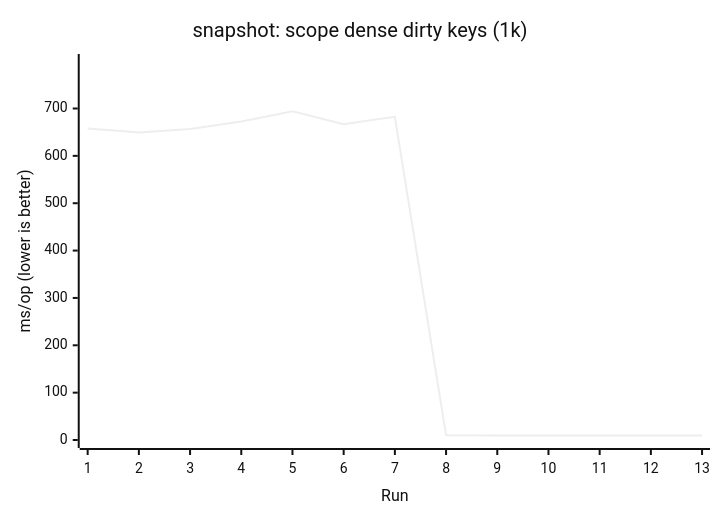
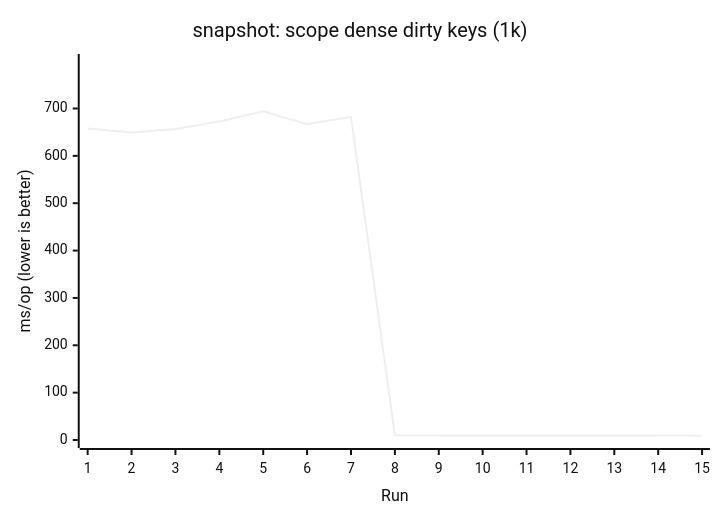
One commit to AIluffy/io changed the fourth of 17 diagrams in apps/docs/src/content/docs/en/guides/benchmark.mdx. Above: the diagram before and after it, drawn with Mermaid (neutral theme). The commit also changed other lines of this file and 7 other files, not shown here.

````diff
--- a/apps/docs/src/content/docs/en/guides/benchmark.mdx
+++ b/apps/docs/src/content/docs/en/guides/benchmark.mdx
@@ -221,7 +223,7 @@
 ```mermaid
 xychart-beta
   title "snapshot: scope dense dirty keys (1k)"
-  x-axis "Run" [1, 2, 3, 4, 5, 6, 7, 8, 9, 10, 11, 12, 13]
+  x-axis "Run" [1, 2, 3, 4, 5, 6, 7, 8, 9, 10, 11, 12, 13, 14, 15]
   y-axis "ms/op (lower is better)" 0 --> 798.196
-  line [657.7338, 649.4971, 656.8009, 672.4747, 694.0835, 666.831, 682.4672, 10.0629, 9.4418, 9.3377, 9.5797, 9.7117, 9.6769]
+  line [657.7338, 649.4971, 656.8009, 672.4747, 694.0835, 666.831, 682.4672, 10.0629, 9.4418, 9.3377, 9.5797, 9.7117, 9.6769, 9.6675, 9.1825]
 ```
````
